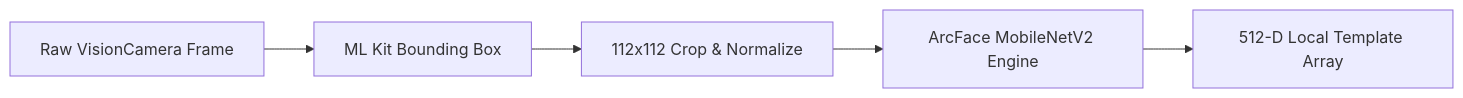
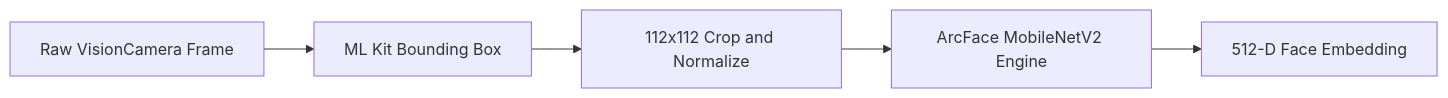
Before and after one commit to anjali9in/Netraksh-AI: the second of 3 diagrams in docs/ARCHITECTURE.md, drawn with Mermaid. The commit also changed other lines of this file, not shown here.

````diff
--- a/docs/ARCHITECTURE.md
+++ b/docs/ARCHITECTURE.md
@@ -122,7 +222,13 @@
 ```mermaid
 flowchart LR
-    A[Raw VisionCamera Frame] --> B[ML Kit Bounding Box]
-    B --> C[112x112 Crop & Normalize]
-    C --> D[ArcFace MobileNetV2 Engine]
-    D --> E[512-D Local Template Array]
+    A["Raw VisionCamera Frame"]
+    B["ML Kit Bounding Box"]
+    C["112x112 Crop and Normalize"]
+    D["ArcFace MobileNetV2 Engine"]
+    E["512-D Face Embedding"]
+
+    A --> B
+    B --> C
+    C --> D
+    D --> E
 ```
````
